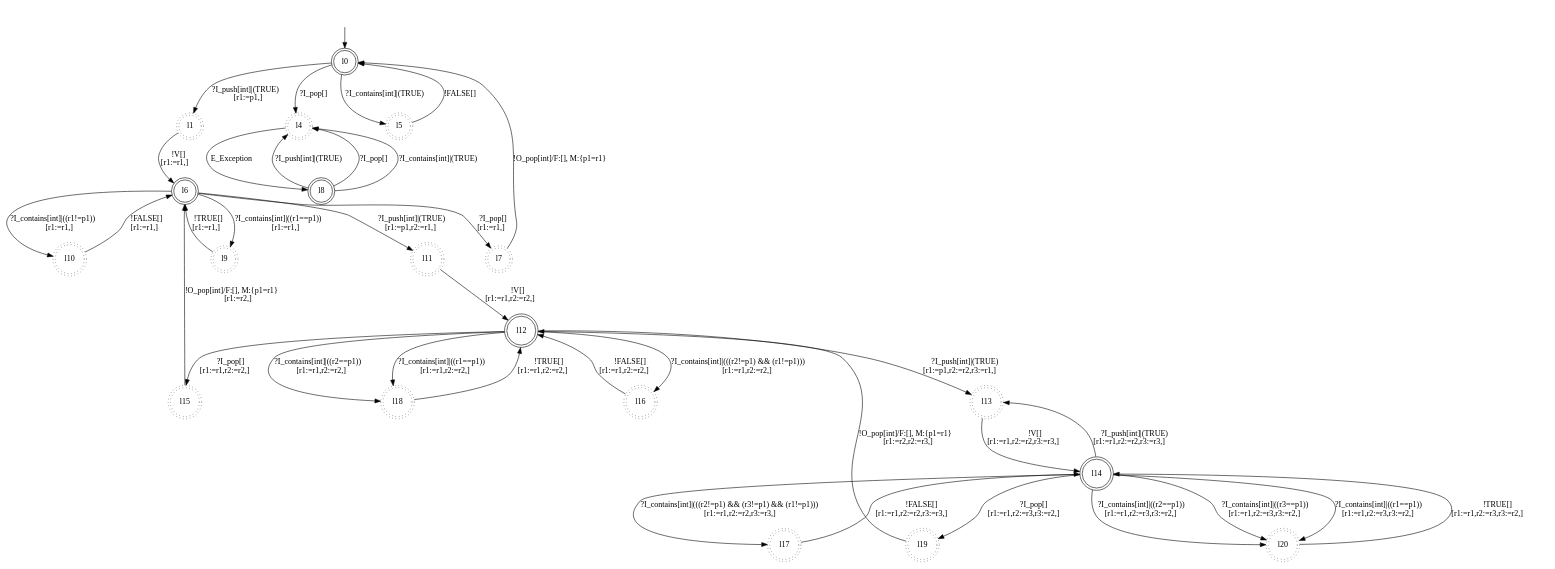
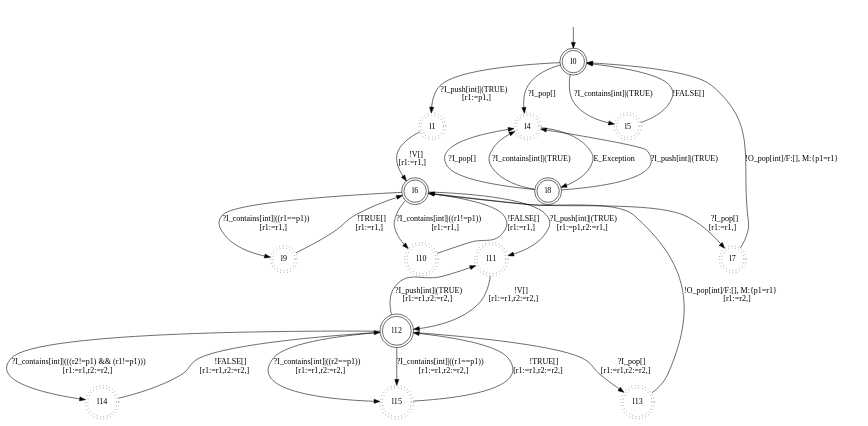
The diagram in input/model.dot (sandipghosal/CoGent), drawn with Graphviz before and after one commit. The commit also changed 12 other files, not shown here.

```diff
--- a/input/model.dot
+++ b/input/model.dot
@@ -1,58 +1,43 @@
 digraph RA {
 "" [shape=none,label=<>]
 "l0" [shape=doublecircle ,style=solid]
 "l1" [shape=doublecircle ,style=dotted]
 "l4" [shape=doublecircle ,style=dotted]
 "l5" [shape=doublecircle ,style=dotted]
 "l6" [shape=doublecircle ,style=solid]
 "l7" [shape=doublecircle ,style=dotted]
 "l8" [shape=doublecircle ,style=solid]
 "l9" [shape=doublecircle ,style=dotted]
 "l10" [shape=doublecircle ,style=dotted]
 "l11" [shape=doublecircle ,style=dotted]
 "l12" [shape=doublecircle ,style=solid]
 "l13" [shape=doublecircle ,style=dotted]
-"l14" [shape=doublecircle ,style=solid]
+"l14" [shape=doublecircle ,style=dotted]
 "l15" [shape=doublecircle ,style=dotted]
-"l16" [shape=doublecircle ,style=dotted]
-"l17" [shape=doublecircle ,style=dotted]
-"l18" [shape=doublecircle ,style=dotted]
-"l19" [shape=doublecircle ,style=dotted]
-"l20" [shape=doublecircle ,style=dotted]
 "" -> "l0"
 "l0" -> "l1" [label=<?I_push[int]|(TRUE)<BR />[r1:=p1,]>]
 "l0" -> "l4" [label=<?I_pop[]>]
 "l0" -> "l5" [label=<?I_contains[int]|(TRUE)>]
 "l1" -> "l6" [label=<!V[]<BR />[r1:=r1,]>]
 "l4" -> "l8" [label=<E_Exception>]
 "l5" -> "l0" [label=<!FALSE[]>]
 "l6" -> "l7" [label=<?I_pop[]<BR />[r1:=r1,]>]
 "l6" -> "l9" [label=<?I_contains[int]|((r1==p1))<BR />[r1:=r1,]>]
 "l6" -> "l10" [label=<?I_contains[int]|((r1!=p1))<BR />[r1:=r1,]>]
 "l6" -> "l11" [label=<?I_push[int]|(TRUE)<BR />[r1:=p1,r2:=r1,]>]
 "l7" -> "l0" [label=<!O_pop[int]/F:[], M:{p1=r1}>]
 "l8" -> "l4" [label=<?I_push[int]|(TRUE)>]
 "l8" -> "l4" [label=<?I_pop[]>]
 "l8" -> "l4" [label=<?I_contains[int]|(TRUE)>]
 "l9" -> "l6" [label=<!TRUE[]<BR />[r1:=r1,]>]
 "l10" -> "l6" [label=<!FALSE[]<BR />[r1:=r1,]>]
 "l11" -> "l12" [label=<!V[]<BR />[r1:=r1,r2:=r2,]>]
-"l12" -> "l13" [label=<?I_push[int]|(TRUE)<BR />[r1:=p1,r2:=r2,r3:=r1,]>]
-"l12" -> "l15" [label=<?I_pop[]<BR />[r1:=r1,r2:=r2,]>]
-"l12" -> "l16" [label=<?I_contains[int]|(((r2!=p1) &amp;&amp; (r1!=p1)))<BR />[r1:=r1,r2:=r2,]>]
-"l12" -> "l18" [label=<?I_contains[int]|((r2==p1))<BR />[r1:=r1,r2:=r2,]>]
-"l12" -> "l18" [label=<?I_contains[int]|((r1==p1))<BR />[r1:=r1,r2:=r2,]>]
-"l13" -> "l14" [label=<!V[]<BR />[r1:=r1,r2:=r2,r3:=r3,]>]
-"l14" -> "l13" [label=<?I_push[int]|(TRUE)<BR />[r1:=r1,r2:=r2,r3:=r3,]>]
-"l14" -> "l17" [label=<?I_contains[int]|(((r2!=p1) &amp;&amp; (r3!=p1) &amp;&amp; (r1!=p1)))<BR />[r1:=r1,r2:=r2,r3:=r3,]>]
-"l14" -> "l20" [label=<?I_contains[int]|((r2==p1))<BR />[r1:=r1,r2:=r3,r3:=r2,]>]
-"l14" -> "l20" [label=<?I_contains[int]|((r3==p1))<BR />[r1:=r1,r2:=r3,r3:=r2,]>]
-"l14" -> "l20" [label=<?I_contains[int]|((r1==p1))<BR />[r1:=r1,r2:=r3,r3:=r2,]>]
-"l14" -> "l19" [label=<?I_pop[]<BR />[r1:=r1,r2:=r3,r3:=r2,]>]
-"l15" -> "l6" [label=<!O_pop[int]/F:[], M:{p1=r1}<BR />[r1:=r2,]>]
-"l16" -> "l12" [label=<!FALSE[]<BR />[r1:=r1,r2:=r2,]>]
-"l17" -> "l14" [label=<!FALSE[]<BR />[r1:=r1,r2:=r2,r3:=r3,]>]
-"l18" -> "l12" [label=<!TRUE[]<BR />[r1:=r1,r2:=r2,]>]
-"l19" -> "l12" [label=<!O_pop[int]/F:[], M:{p1=r1}<BR />[r1:=r2,r2:=r3,]>]
-"l20" -> "l14" [label=<!TRUE[]<BR />[r1:=r1,r2:=r3,r3:=r2,]>]
+"l12" -> "l11" [label=<?I_push[int]|(TRUE)<BR />[r1:=r1,r2:=r2,]>]
+"l12" -> "l13" [label=<?I_pop[]<BR />[r1:=r1,r2:=r2,]>]
+"l12" -> "l14" [label=<?I_contains[int]|(((r2!=p1) &amp;&amp; (r1!=p1)))<BR />[r1:=r1,r2:=r2,]>]
+"l12" -> "l15" [label=<?I_contains[int]|((r2==p1))<BR />[r1:=r1,r2:=r2,]>]
+"l12" -> "l15" [label=<?I_contains[int]|((r1==p1))<BR />[r1:=r1,r2:=r2,]>]
+"l13" -> "l6" [label=<!O_pop[int]/F:[], M:{p1=r1}<BR />[r1:=r2,]>]
+"l14" -> "l12" [label=<!FALSE[]<BR />[r1:=r1,r2:=r2,]>]
+"l15" -> "l12" [label=<!TRUE[]<BR />[r1:=r1,r2:=r2,]>]
 }
```
